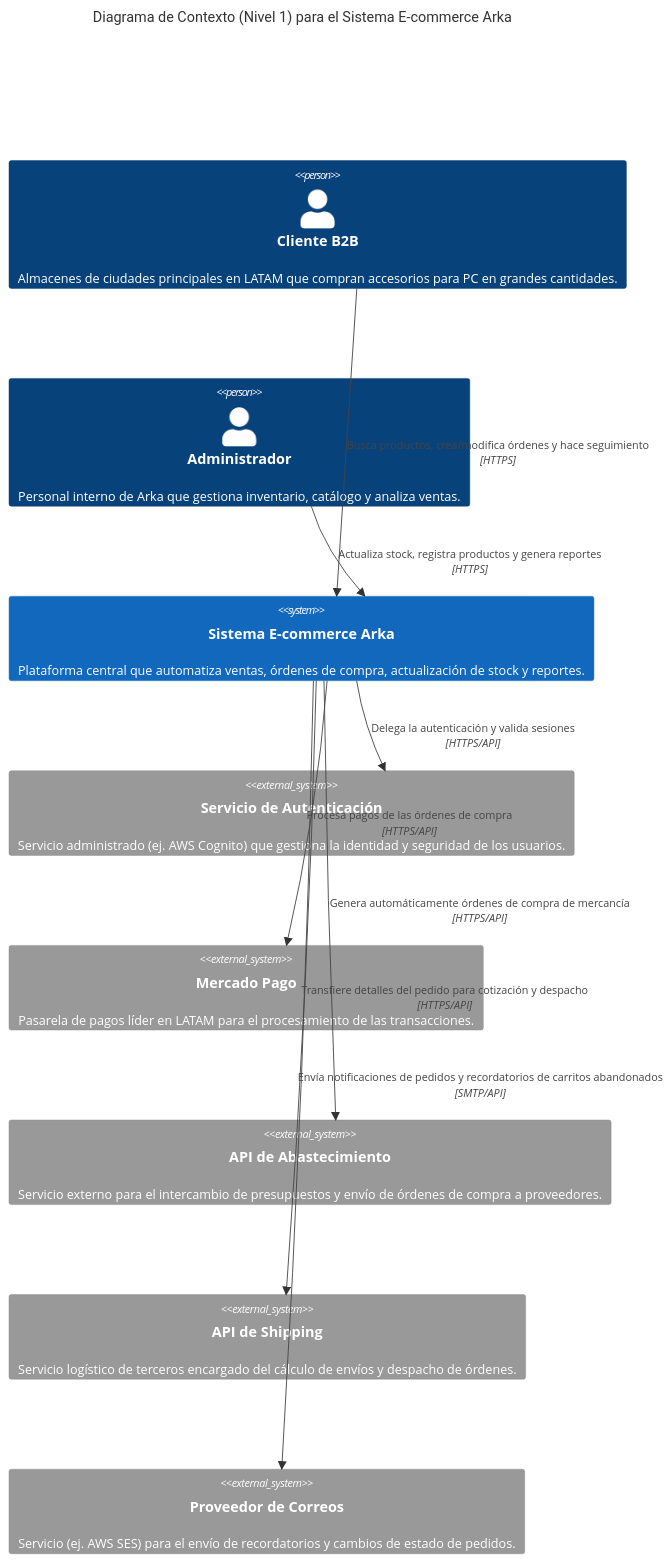
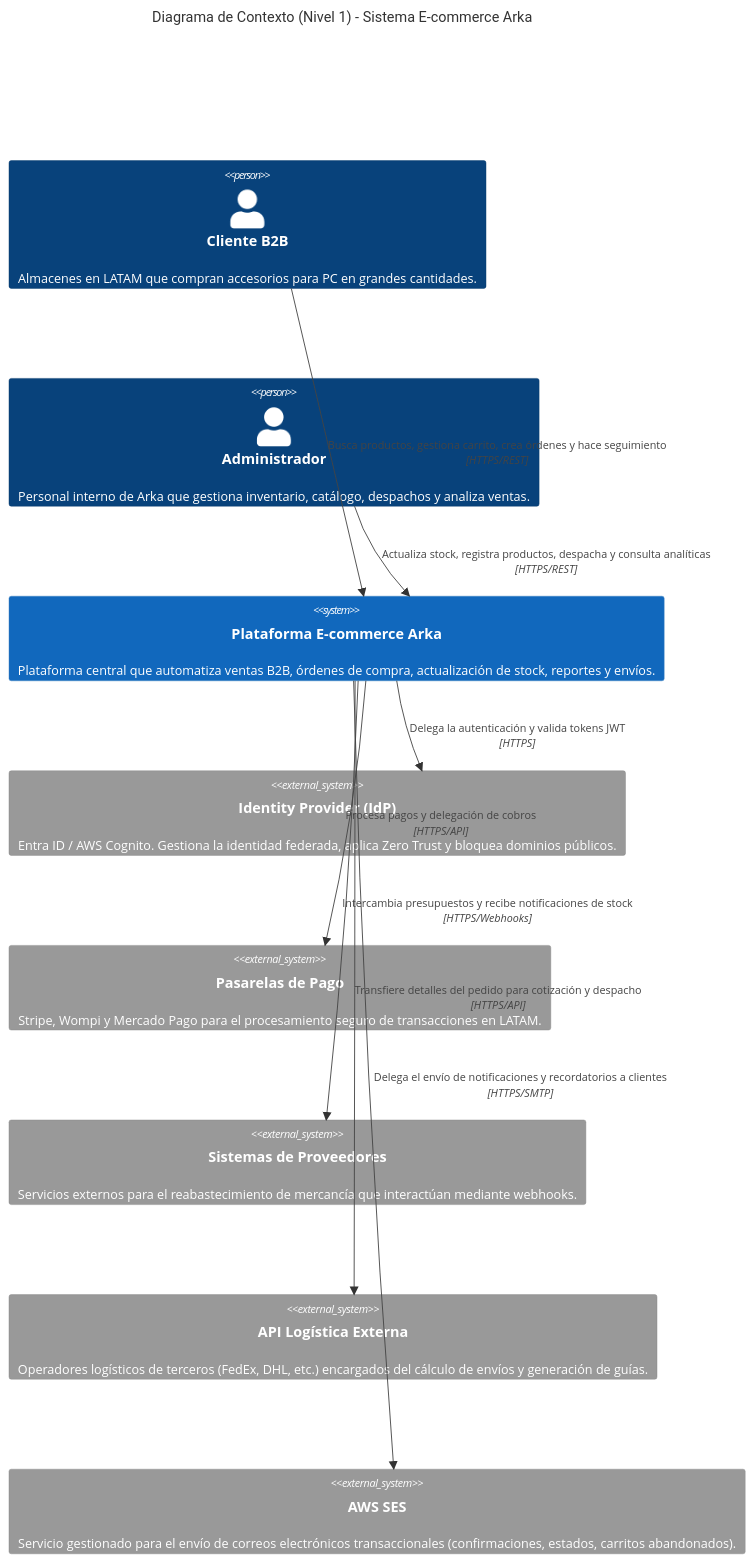
One commit to Saisho137/AceleraTI_notes changed the first of 2 diagrams in diseño-arquitectura-arka/contexto-negocio-arka-extra.md. Above: the diagram before and after it, drawn with Mermaid. The commit also changed other lines of this file and 4 other files, not shown here.

Commit message:
feat: improve architecture and business definitions

````diff
--- a/diseño-arquitectura-arka/contexto-negocio-arka-extra.md
+++ b/diseño-arquitectura-arka/contexto-negocio-arka-extra.md
@@ -16,24 +19,26 @@
 ```mermaid
 C4Context
-title Diagrama de Contexto (Nivel 1) para el Sistema E-commerce Arka
+title Diagrama de Contexto (Nivel 1) - Sistema E-commerce Arka
 
-Person(cliente, "Cliente B2B", "Almacenes de ciudades principales en LATAM que compran accesorios para PC en grandes cantidades.")
-Person(admin, "Administrador", "Personal interno de Arka que gestiona inventario, catálogo y analiza ventas.")
+Person(cliente, "Cliente B2B", "Almacenes en LATAM que compran accesorios para PC en grandes cantidades.")
+Person(admin, "Administrador", "Personal interno de Arka que gestiona inventario, catálogo, despachos y analiza ventas.")
 
-System(arka, "Sistema E-commerce Arka", "Plataforma central que automatiza ventas, órdenes de compra, actualización de stock y reportes.")
+System(arka, "Plataforma E-commerce Arka", "Plataforma central que automatiza ventas B2B, órdenes de compra, actualización de stock, reportes y envíos.")
 
-System_Ext(cognito, "Servicio de Autenticación", "Servicio administrado (ej. AWS Cognito) que gestiona la identidad y seguridad de los usuarios.")
-System_Ext(mercadoPago, "Mercado Pago", "Pasarela de pagos líder en LATAM para el procesamiento de las transacciones.")
-System_Ext(proveedorAPI, "API de Abastecimiento", "Servicio externo para el intercambio de presupuestos y envío de órdenes de compra a proveedores.")
-System_Ext(shippingAPI, "API de Shipping", "Servicio logístico de terceros encargado del cálculo de envíos y despacho de órdenes.")
-System_Ext(emailAPI, "Proveedor de Correos", "Servicio (ej. AWS SES) para el envío de recordatorios y cambios de estado de pedidos.")
+System_Ext(idp, "Identity Provider (IdP)", "Entra ID / AWS Cognito. Gestiona la identidad federada, aplica Zero Trust y bloquea dominios públicos.")
+System_Ext(pasarelasPago, "Pasarelas de Pago", "Stripe, Wompi y Mercado Pago para el procesamiento seguro de transacciones en LATAM.")
+System_Ext(proveedores, "Sistemas de Proveedores", "Servicios externos para el reabastecimiento de mercancía que interactúan mediante webhooks.")
+System_Ext(shippingAPI, "API Logística Externa", "Operadores logísticos de terceros (FedEx, DHL, etc.) encargados del cálculo de envíos y generación de guías.")
+System_Ext(ses, "AWS SES", "Servicio gestionado para el envío de correos electrónicos transaccionales (confirmaciones, estados, carritos abandonados).")
 
-Rel(cliente, arka, "Busca productos, crea/modifica órdenes y hace seguimiento", "HTTPS")
-Rel(admin, arka, "Actualiza stock, registra productos y genera reportes", "HTTPS")
+Rel(cliente, arka, "Busca productos, gestiona carrito, crea órdenes y hace seguimiento", "HTTPS/REST")
+Rel(admin, arka, "Actualiza stock, registra productos, despacha y consulta analíticas", "HTTPS/REST")
 
-Rel(arka, cognito, "Delega la autenticación y valida sesiones", "HTTPS/API")
-Rel(arka, mercadoPago, "Procesa pagos de las órdenes de compra", "HTTPS/API")
-Rel(arka, proveedorAPI, "Genera automáticamente órdenes de compra de mercancía", "HTTPS/API")
+Rel(arka, idp, "Delega la autenticación y valida tokens JWT", "HTTPS")
+Rel(arka, pasarelasPago, "Procesa pagos y delegación de cobros", "HTTPS/API")
+Rel(arka, proveedores, "Intercambia presupuestos y recibe notificaciones de stock", "HTTPS/Webhooks")
 Rel(arka, shippingAPI, "Transfiere detalles del pedido para cotización y despacho", "HTTPS/API")
-Rel(arka, emailAPI, "Envía notificaciones de pedidos y recordatorios de carritos abandonados", "SMTP/API")
+Rel(arka, ses, "Delega el envío de notificaciones y recordatorios a clientes", "HTTPS/SMTP")
+
+UpdateLayoutConfig($c4ShapeInRow="3", $c4BoundaryInRow="1")
 ```
````
